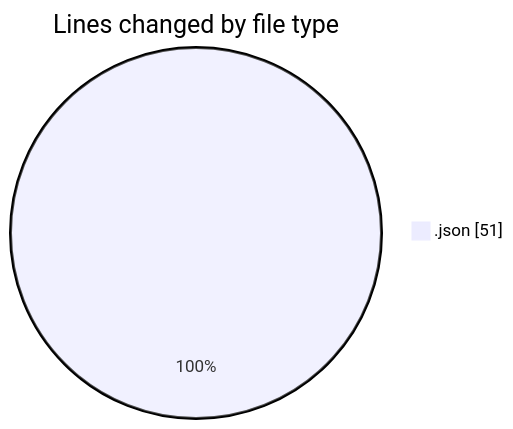
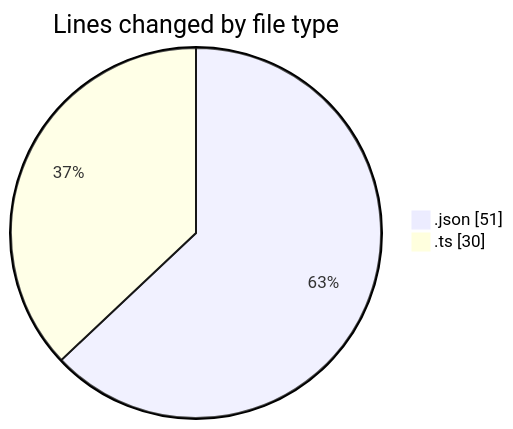
Before and after one commit to FixMe24/code-tracking: the first of 2 diagrams in 2025-05-19/fixme24/README.md, drawn with Mermaid. The commit also changed other lines of this file and 1 other file, not shown here.

````diff
--- a/2025-05-19/fixme24/README.md
+++ b/2025-05-19/fixme24/README.md
@@ -20,5 +21,6 @@
 ```mermaid
 pie showData
 title Lines changed by file type
 ".json" : 51
+".ts" : 30
 ```
````
